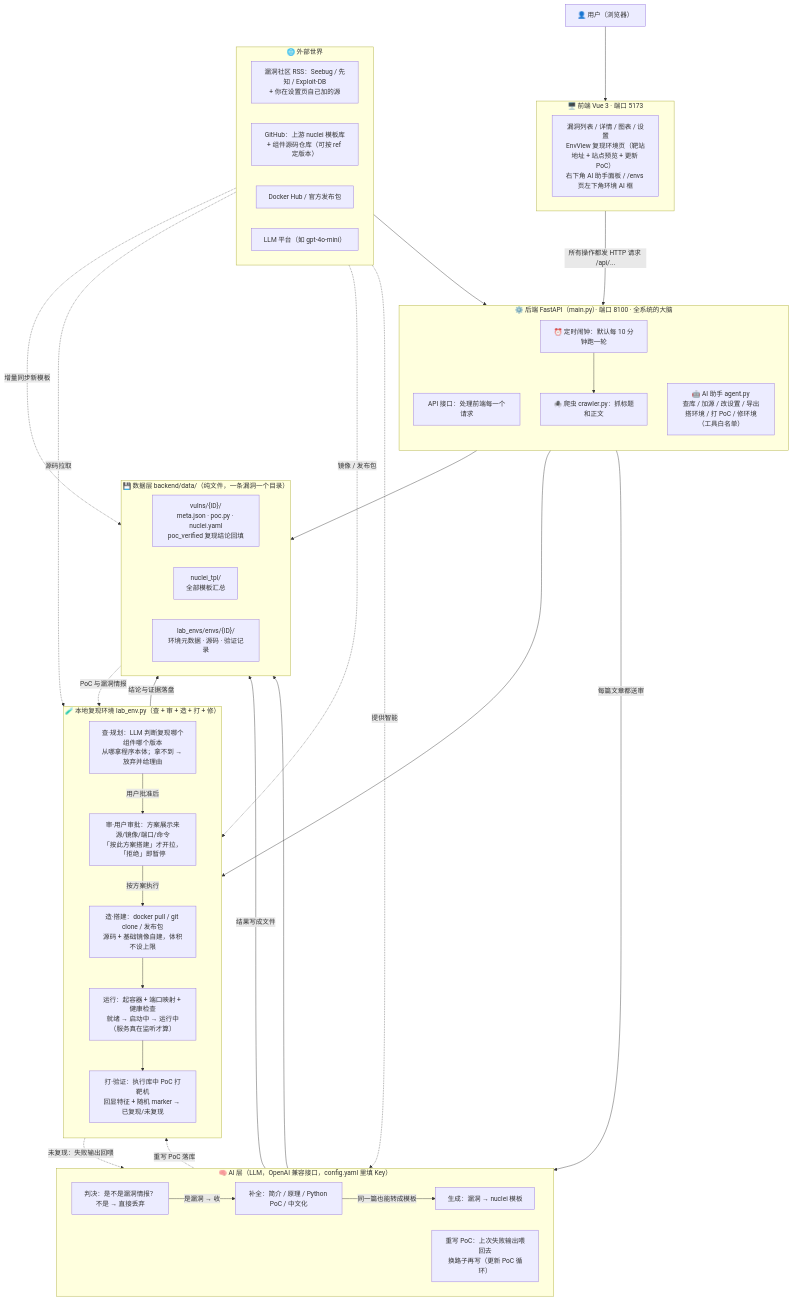
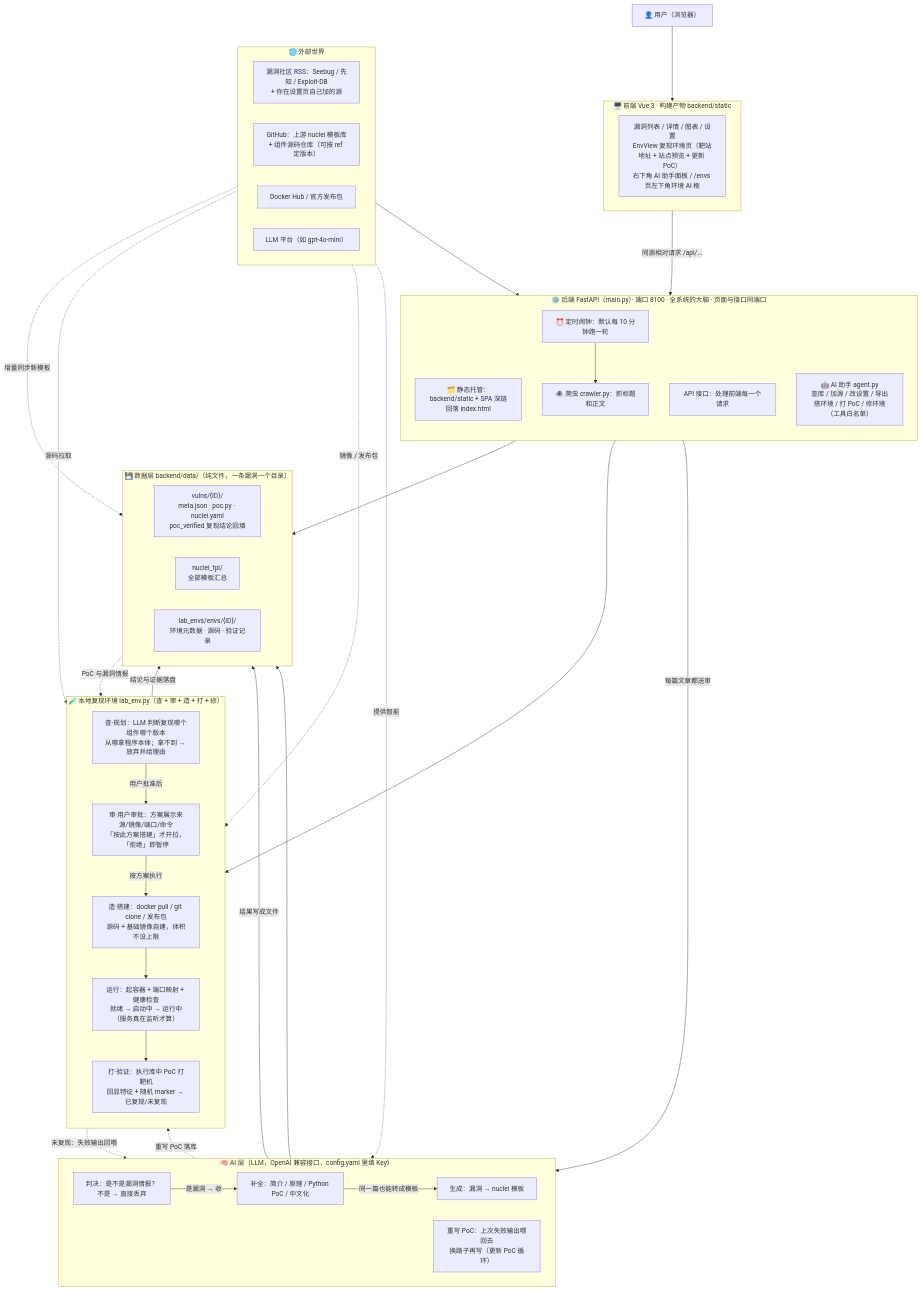
Before and after one commit to wr0x00/ai_bobao: the diagram in README.md, drawn with Mermaid. The commit also changed other lines of this file and 22 other files, not shown here.

````diff
--- a/README.md
+++ b/README.md
@@ -181,74 +188,75 @@
 ```mermaid
 flowchart TB
     U["👤 用户（浏览器）"] --> FE
 
-    subgraph FE["🖥️ 前端 Vue 3 · 端口 5173"]
+    subgraph FE["🖥️ 前端 Vue 3 · 构建产物 backend/static"]
       UI["漏洞列表 / 详情 / 图表 / 设置<br>EnvView 复现环境页（靶站地址 + 站点预览 + 更新 PoC）<br>右下角 AI 助手面板 / /envs 页左下角环境 AI 框"]
     end
 
-    FE -- "所有操作都发 HTTP 请求 /api/..." --> BE
+    FE -- "同源相对请求 /api/..." --> BE
 
-    subgraph BE["⚙️ 后端 FastAPI（main.py）· 端口 8100 · 全系统的大脑"]
+    subgraph BE["⚙️ 后端 FastAPI（main.py）· 端口 8100 · 全系统的大脑 · 页面与接口同端口"]
       direction TB
+      SPA["🗂️ 静态托管：backend/static + SPA 深链回落 index.html"]
       API["API 接口：处理前端每一个请求"]
       AGENT["🤖 AI 助手 agent.py<br>查库 / 加源 / 改设置 / 导出<br>搭环境 / 打 PoC / 修环境（工具白名单）"]
       SCH["⏰ 定时闹钟：默认每 10 分钟跑一轮"]
       CRW["🕷️ 爬虫 crawler.py：抓标题和正文"]
     end
 
     BE --> DTA
     BE --> LAB
     SCH --> CRW
 
     subgraph AI["🧠 AI 层（LLM，OpenAI 兼容接口，config.yaml 里填 Key）"]
       direction LR
       CJ["判决：是不是漏洞情报？<br>不是 → 直接丢弃"]
       GEN["补全：简介 / 原理 / Python PoC / 中文化"]
       NT["生成：漏洞 → nuclei 模板"]
       REG["重写 PoC：上次失败输出喂回去<br>换路子再写（更新 PoC 循环）"]
     end
 
     subgraph EXT["🌐 外部世界"]
       direction LR
       SRC["漏洞社区 RSS：Seebug / 先知 / Exploit-DB<br>+ 你在设置页自己加的源"]
       GIT["GitHub：上游 nuclei 模板库<br>+ 组件源码仓库（可按 ref 定版本）"]
       REGI["Docker Hub / 官方发布包"]
       LLM["LLM 平台（如 gpt-4o-mini）"]
     end
 
     SRC --> CRW
     CRW -->|"每篇文章都送审"| CJ
     CJ -->|"是漏洞 → 收"| GEN
     GEN -->|"同一篇也能转成模板"| NT
     subgraph LAB["🧪 本地复现环境 lab_env.py（查 + 审 + 造 + 打 + 修）"]
       direction TB
       PLAN["查·规划：LLM 判断复现哪个组件哪个版本<br>从哪拿程序本体；拿不到 → 放弃并给理由"]
       APPROVE["审·用户审批：方案展示来源/镜像/端口/命令<br>「按此方案搭建」才开拉，「拒绝」即暂停"]
       BUILD["造·搭建：docker pull / git clone / 发布包<br>源码 + 基础镜像自建，体积不设上限"]
       RUN["运行：起容器 + 端口映射 + 健康检查<br>就绪 → 启动中 → 运行中（服务真在监听才算）"]
       VERIFY["打·验证：执行库中 PoC 打靶机<br>回显特征 + 随机 marker → 已复现/未复现"]
     end
 
     PLAN -->|"用户批准后"| APPROVE
     APPROVE -->|"按方案执行"| BUILD
     BUILD --> RUN
     RUN --> VERIFY
     VERIFY -.->|"未复现：失败输出回喂"| REG
     REG -.->|"重写 PoC 落库"| VERIFY
 
     subgraph DTA["💾 数据层 backend/data/（纯文件，一条漏洞一个目录）"]
       direction LR
       VULN["vulns/{ID}/<br>meta.json · poc.py · nuclei.yaml<br>poc_verified 复现结论回填"]
       TPL["nuclei_tpl/<br>全部模板汇总"]
       ENVS["lab_envs/envs/{ID}/<br>环境元数据 · 源码 · 验证记录"]
     end
 
     GEN -->|"结果写成文件"| VULN
     NT --> TPL
     GIT -.->|"增量同步新模板"| TPL
     GIT -.->|"源码拉取"| BUILD
     REGI -.->|"镜像 / 发布包"| BUILD
     VULN -.->|"PoC 与漏洞情报"| PLAN
     VERIFY -->|"结论与证据落盘"| ENVS
     LLM -.->|"提供智能"| AI
 ```
````
